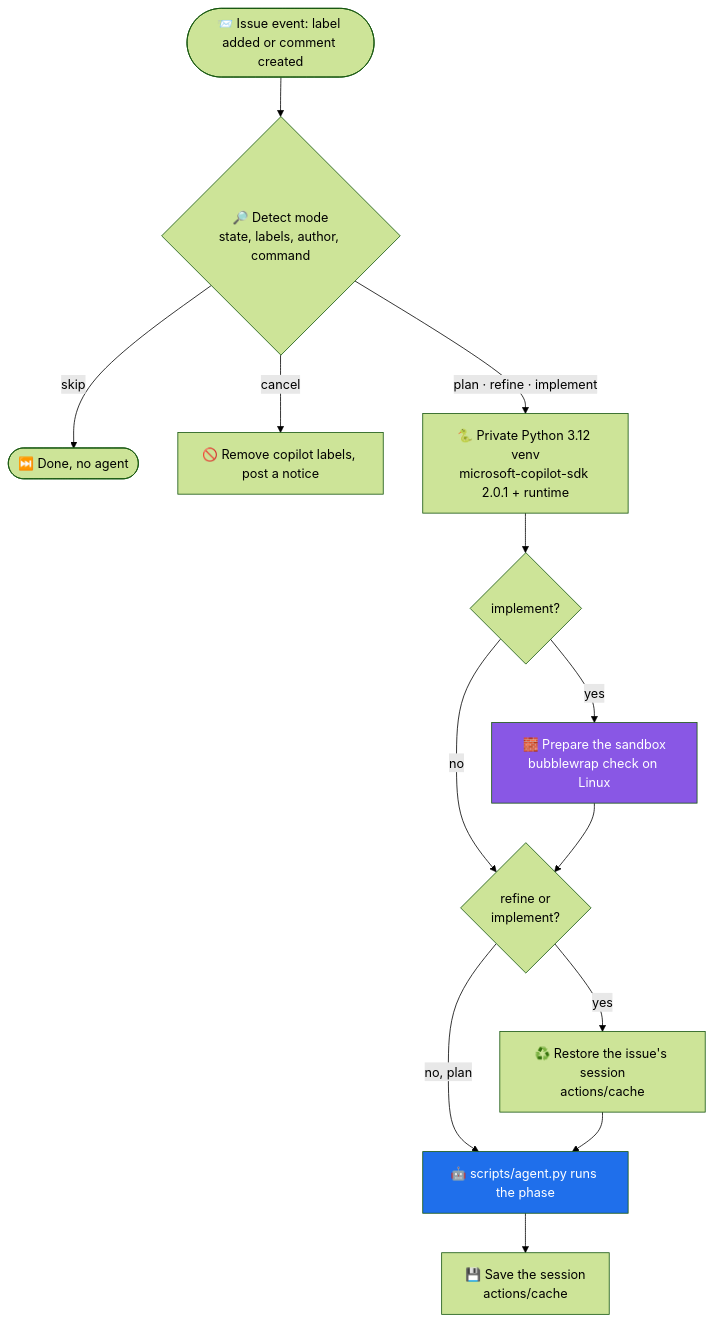
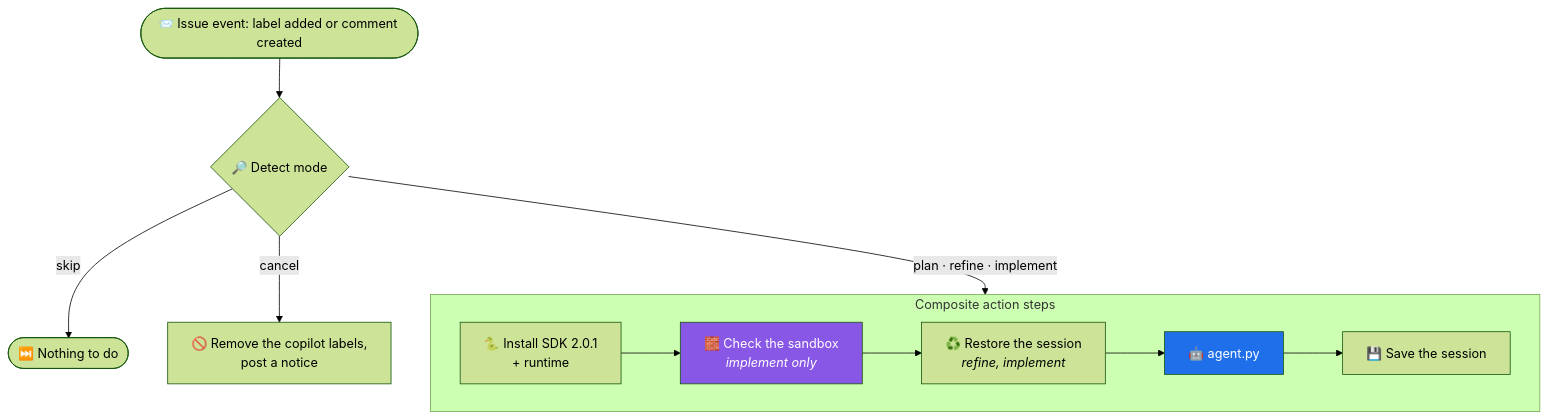
The third of 10 diagrams in README.md (jeffrey-groneberg/issue-implementer), drawn with Mermaid (forest theme) before and after one commit. The commit also changed other lines of this file, not shown here.

First line of the commit message:
docs: keep diagram labels on one line and compact tall diagrams

````diff
--- a/README.md
+++ b/README.md
@@ -121,18 +122,14 @@
 ```mermaid
+%%{init: {"flowchart": {"wrappingWidth": 320}}}%%
 flowchart TD
-    EV(["📨 Issue event: label added or comment created"]) --> DM{"🔎 Detect mode<br/>state, labels, author, command"}
-    DM -->|"skip"| SK(["⏭️ Done, no agent"])
-    DM -->|"cancel"| CA["🚫 Remove copilot labels, post a notice"]
-    DM -->|"plan · refine · implement"| PY["🐍 Private Python 3.12 venv<br/>microsoft-copilot-sdk 2.0.1 + runtime"]
-    PY --> SB{"implement?"}
-    SB -->|"yes"| BW["🧱 Prepare the sandbox<br/>bubblewrap check on Linux"]
-    SB -->|"no"| RS
-    BW --> RS{"refine or<br/>implement?"}
-    RS -->|"yes"| RC["♻️ Restore the issue's session<br/>actions/cache"]
-    RS -->|"no, plan"| AG
-    RC --> AG["🤖 scripts/agent.py runs the phase"]
-    AG --> SV["💾 Save the session<br/>actions/cache"]
-
+    EV(["📨 Issue event: label added or comment created"]) --> DM{"🔎 Detect mode"}
+    DM -->|"skip"| SK(["⏭️ Nothing to do"])
+    DM -->|"cancel"| CA["🚫 Remove the copilot labels,<br/>post a notice"]
+    DM -->|"plan · refine · implement"| RUN
+    subgraph RUN["Composite action steps"]
+        direction LR
+        PY["🐍 Install SDK 2.0.1<br/>+ runtime"] --> BW["🧱 Check the sandbox<br/><i>implement only</i>"] --> RC["♻️ Restore the session<br/><i>refine, implement</i>"] --> AG["🤖 agent.py"] --> SV["💾 Save the session"]
+    end
     style AG fill:#1f6feb,color:#fff
     style BW fill:#8957e5,color:#fff
 ```
````
